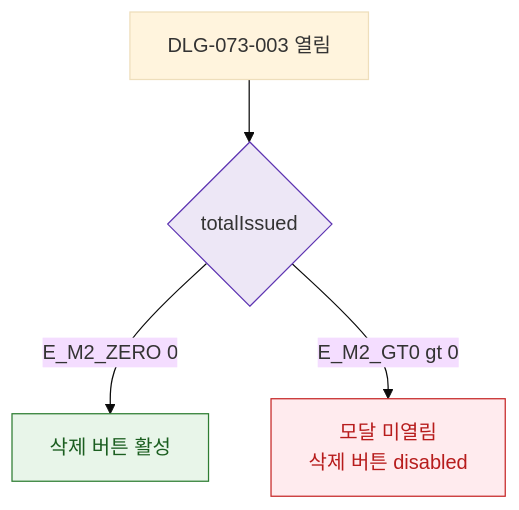
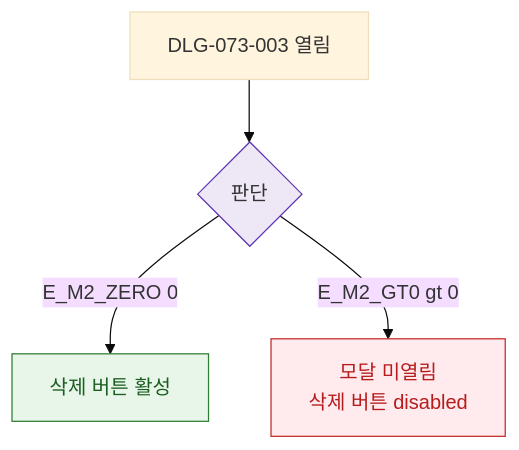
Before and after one commit to dev-spogym/admin-pando: the diagram in docs/다이어그램/D08_마케팅/DLG/DLG-073-003_쿠폰삭제확인/M2_필드검증.md, drawn with Mermaid (base theme). The commit also changed other lines of this file and 1660 other files, not shown here.

First line of the commit message:
다이어그램: 기획자/클라이언트 납품본으로 정리

````diff
--- a/docs/다이어그램/D08_마케팅/DLG/DLG-073-003_쿠폰삭제확인/M2_필드검증.md
+++ b/docs/다이어그램/D08_마케팅/DLG/DLG-073-003_쿠폰삭제확인/M2_필드검증.md
@@ -14,14 +12,14 @@
 ```mermaid
 flowchart TD
-  OPEN[DLG-073-003 열림] --> CHECK{totalIssued}
-  CHECK -->|E_M2_ZERO 0| BTN_ACTIVE[삭제 버튼 활성]
-  CHECK -->|E_M2_GT0 gt 0| BLOCKED[모달 미열림\n삭제 버튼 disabled]
+  OPEN[DLG-073-003 열림] --> CHECK{판단}
+  CHECK -->|E_M2_ZERO 0|BTN_ACTIVE[삭제 버튼 활성]
+  CHECK -->|E_M2_GT0 gt 0|BLOCKED[모달 미열림\n삭제 버튼 disabled]
 
-  classDef error       fill:#FFEBEE,stroke:#C62828,color:#B71C1C
-  classDef success     fill:#E8F5E9,stroke:#2E7D32,color:#1B5E20
-  classDef system      fill:#EDE7F6,stroke:#5E35B2
+  classDef error fill:#FFEBEE,stroke:#C62828,color:#B71C1C
+  classDef success fill:#E8F5E9,stroke:#2E7D32,color:#1B5E20
+  classDef system fill:#EDE7F6,stroke:#5E35B2
 
   class BLOCKED error
   class BTN_ACTIVE success
   class CHECK system
 ```
````
